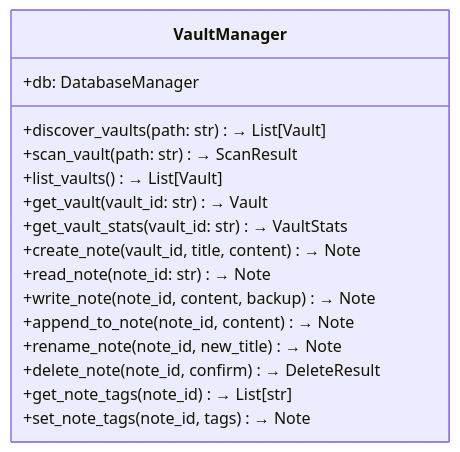
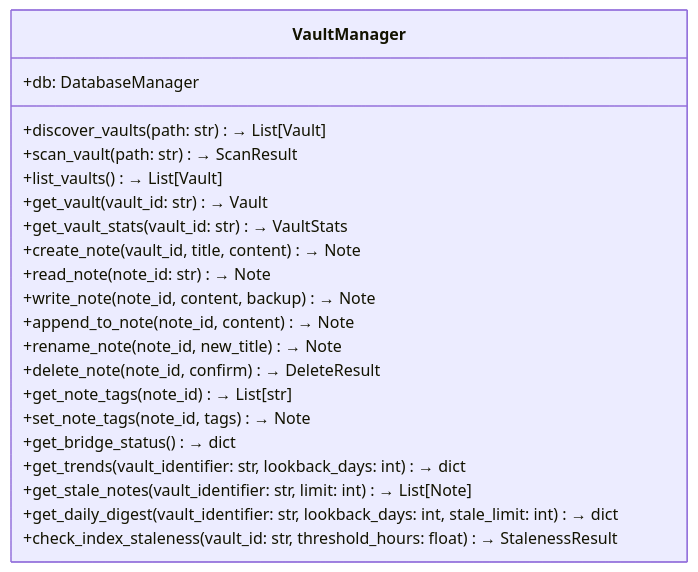
One commit to Data-Wise/obsidian-cli-ops changed the sixth of 12 diagrams in docs_mkdocs/developer/api-reference.md. Above: the diagram before and after it, drawn with Mermaid. The commit also changed other lines of this file and 7 other files, not shown here.

````diff
--- a/docs_mkdocs/developer/api-reference.md
+++ b/docs_mkdocs/developer/api-reference.md
@@ -196,19 +196,24 @@
 ```mermaid
 classDiagram
     class VaultManager {
         +db: DatabaseManager
         +discover_vaults(path: str) → List[Vault]
         +scan_vault(path: str) → ScanResult
         +list_vaults() → List[Vault]
         +get_vault(vault_id: str) → Vault
         +get_vault_stats(vault_id: str) → VaultStats
         +create_note(vault_id, title, content) → Note
         +read_note(note_id: str) → Note
         +write_note(note_id, content, backup) → Note
         +append_to_note(note_id, content) → Note
         +rename_note(note_id, new_title) → Note
         +delete_note(note_id, confirm) → DeleteResult
         +get_note_tags(note_id) → List[str]
         +set_note_tags(note_id, tags) → Note
+        +get_bridge_status() → dict
+        +get_trends(vault_identifier: str, lookback_days: int) → dict
+        +get_stale_notes(vault_identifier: str, limit: int) → List[Note]
+        +get_daily_digest(vault_identifier: str, lookback_days: int, stale_limit: int) → dict
+        +check_index_staleness(vault_id: str, threshold_hours: float) → StalenessResult
     }
 ```
````
